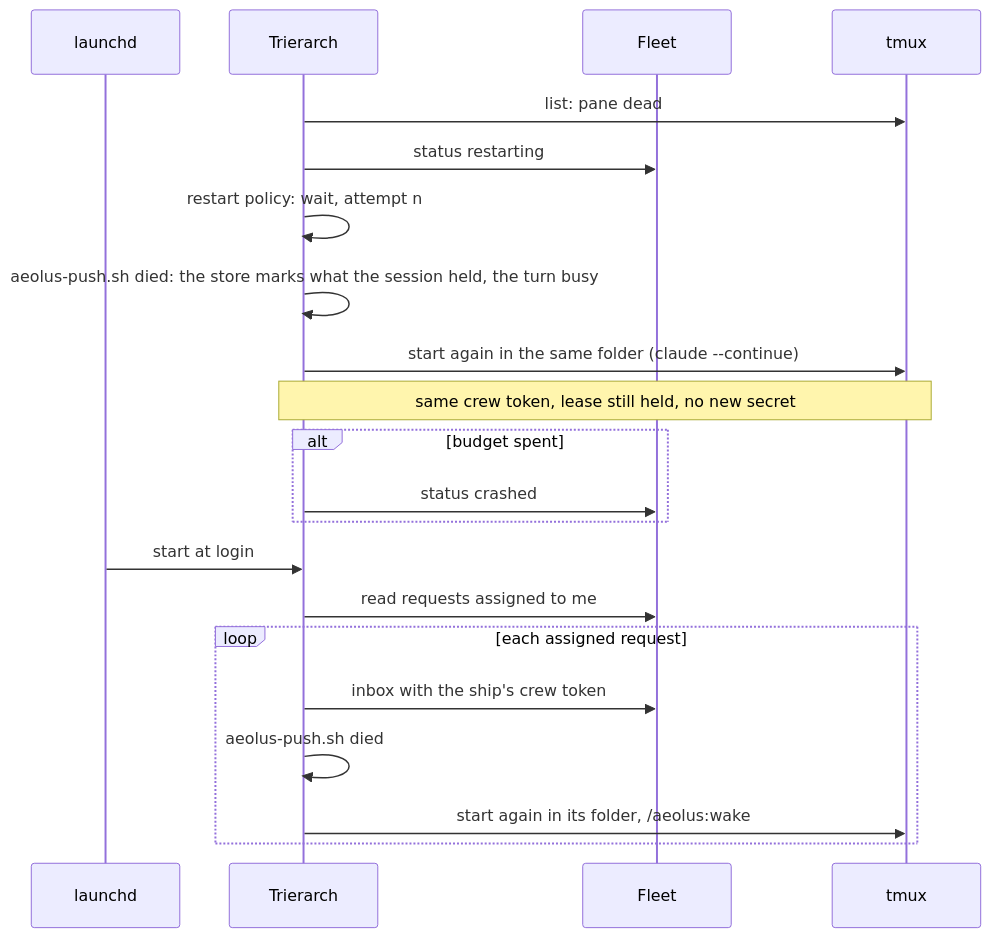
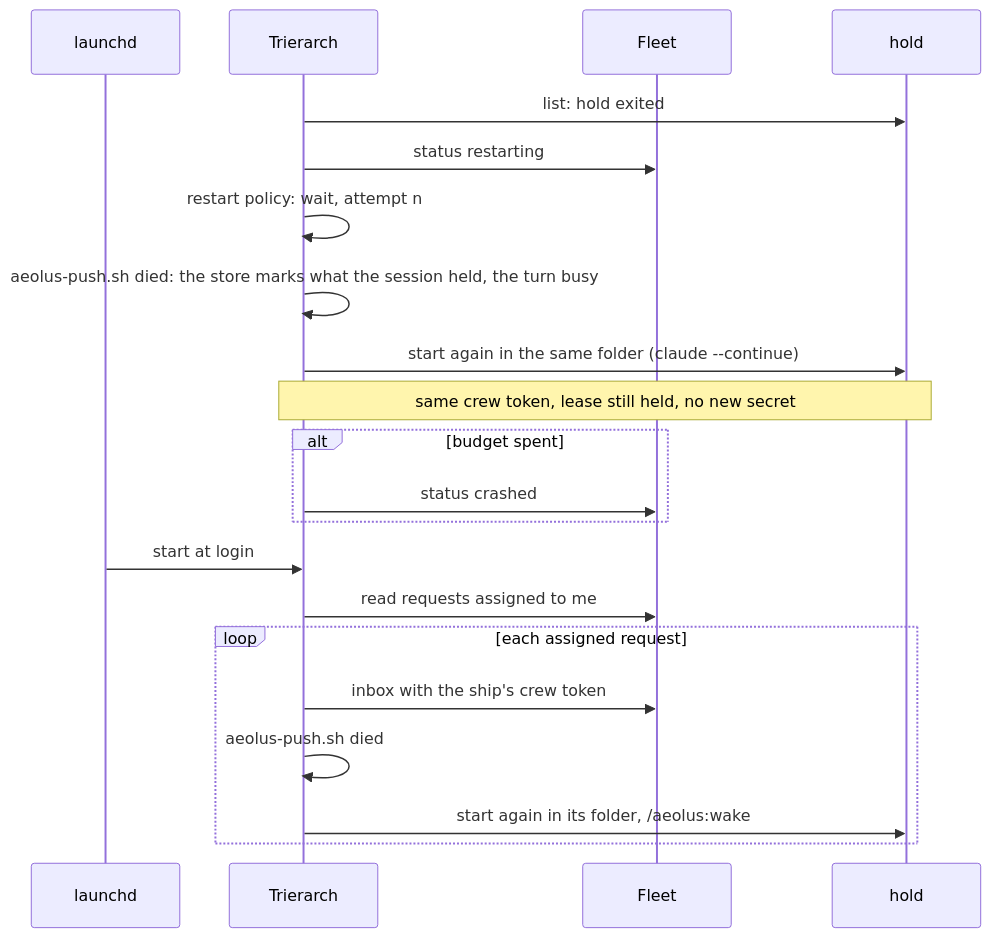
One commit to ThomasHendrickx/aeolus-fleet-trierarch changed the third of 5 diagrams in docs/architecture.md. Above: the diagram before and after it, drawn with Mermaid. The commit also changed other lines of this file and 4 other files, not shown here.

````diff
--- a/docs/architecture.md
+++ b/docs/architecture.md
@@ -98,23 +99,23 @@
 ```mermaid
 sequenceDiagram
   participant OS as launchd
   participant T as Trierarch
   participant F as Fleet
-  participant X as tmux
-  T->>X: list: pane dead
+  participant X as hold
+  T->>X: list: hold exited
   T->>F: status restarting
   T->>T: restart policy: wait, attempt n
   T->>T: aeolus-push.sh died: the store marks what the session held, the turn busy
   T->>X: start again in the same folder (claude --continue)
   Note over T,X: same crew token, lease still held, no new secret
   alt budget spent
     T->>F: status crashed
   end
   OS->>T: start at login
   T->>F: read requests assigned to me
   loop each assigned request
     T->>F: inbox with the ship's crew token
     T->>T: aeolus-push.sh died
     T->>X: start again in its folder, /aeolus:wake
   end
 ```
````
